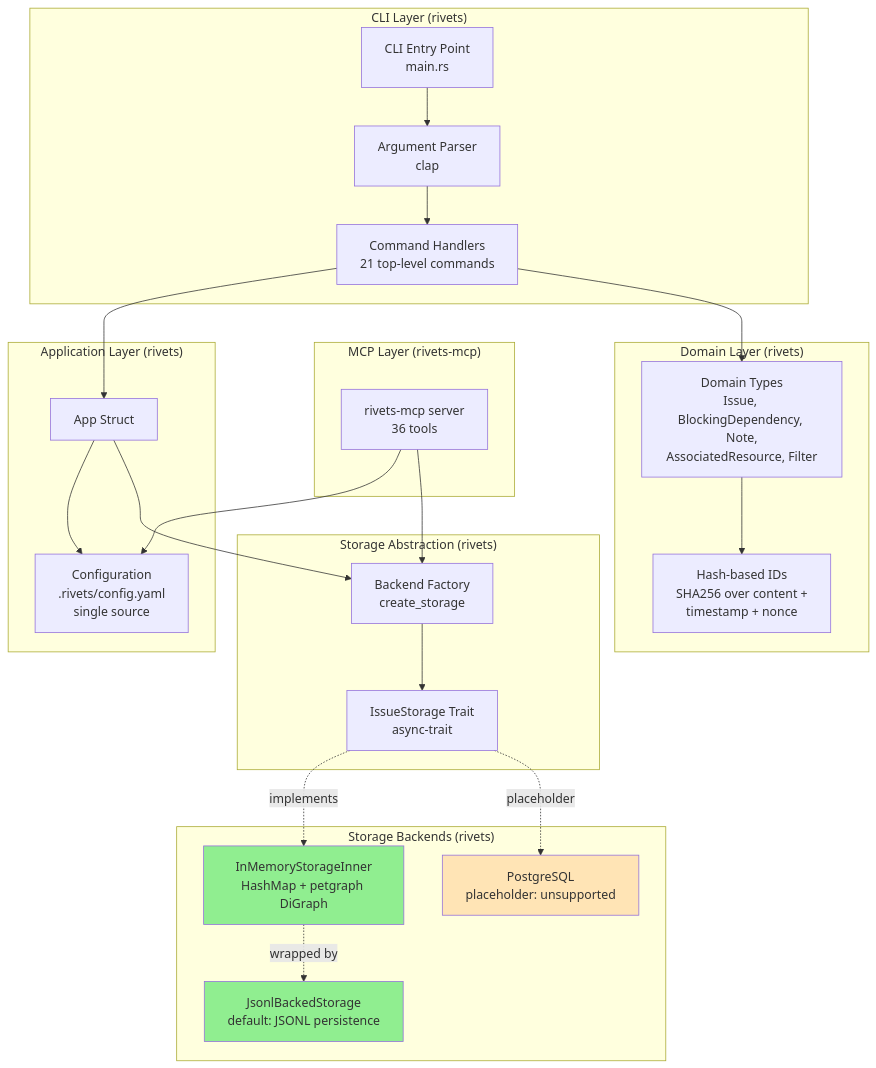
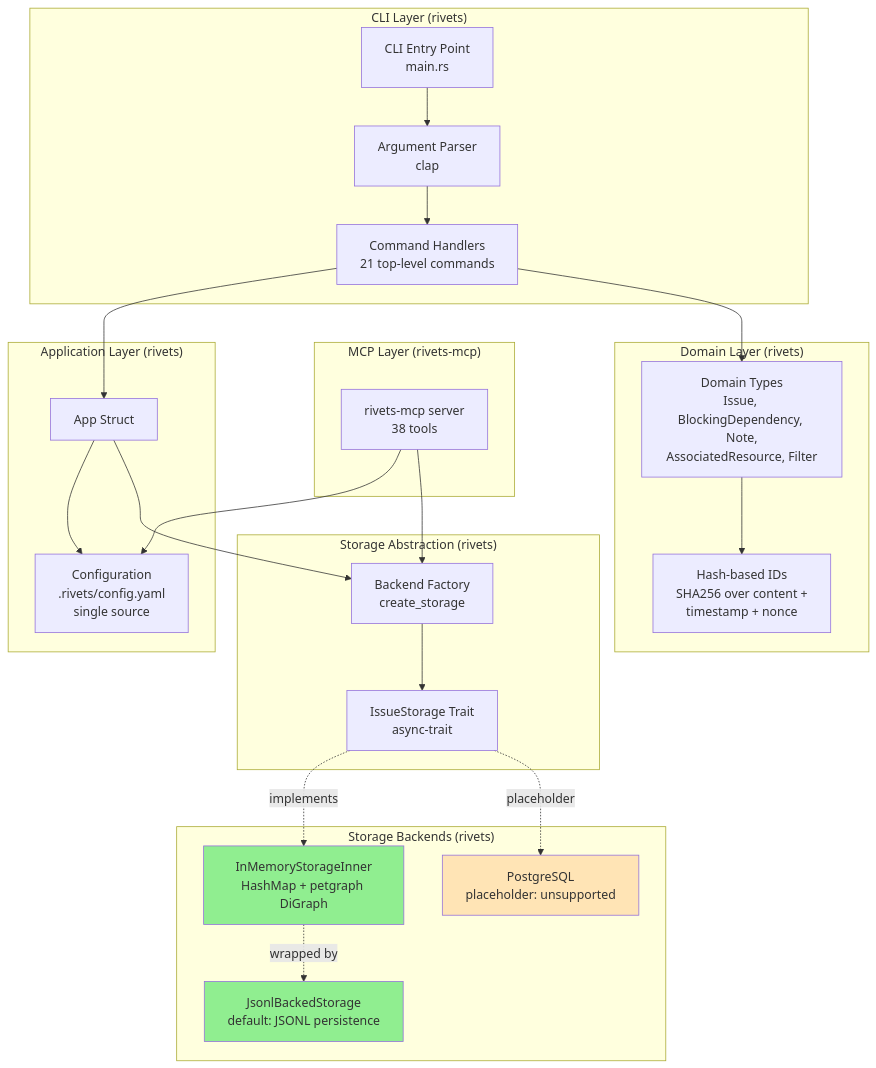
One commit to dwalleck/rivets changed the first of 6 diagrams in docs/architecture.md. Above: the diagram before and after it, drawn with Mermaid. The commit also changed other lines of this file and 31 other files, not shown here.

````diff
--- a/docs/architecture.md
+++ b/docs/architecture.md
@@ -25,50 +25,50 @@
 ```mermaid
 graph TB
     subgraph "CLI Layer (rivets)"
         CLI[CLI Entry Point<br/>main.rs]
         Args[Argument Parser<br/>clap]
         Commands[Command Handlers<br/>21 top-level commands]
     end
 
     subgraph "MCP Layer (rivets-mcp)"
-        Mcp[rivets-mcp server<br/>36 tools]
+        Mcp[rivets-mcp server<br/>38 tools]
     end
 
     subgraph "Application Layer (rivets)"
         App[App Struct]
         Config[Configuration<br/>.rivets/config.yaml<br/>single source]
     end
 
     subgraph "Storage Abstraction (rivets)"
         Trait[IssueStorage Trait<br/>async-trait]
         Factory[Backend Factory<br/>create_storage]
     end
 
     subgraph "Domain Layer (rivets)"
         Types[Domain Types<br/>Issue, BlockingDependency, Note,<br/>AssociatedResource, Filter]
         IDs[Hash-based IDs<br/>SHA256 over content +<br/>timestamp + nonce]
     end
 
     subgraph "Storage Backends (rivets)"
         Memory[InMemoryStorageInner<br/>HashMap + petgraph DiGraph]
         Jsonl[JsonlBackedStorage<br/>default: JSONL persistence]
         Postgres[PostgreSQL<br/>placeholder: unsupported]
     end
 
     CLI --> Args --> Commands
     Commands --> App
     App --> Config
     App --> Factory
     Mcp --> Config
     Mcp --> Factory
     Factory --> Trait
     Trait -.implements.-> Memory
     Memory -.wrapped by.-> Jsonl
     Trait -.placeholder.-> Postgres
     Commands --> Types
     Types --> IDs
 
     style Jsonl fill:#90EE90
     style Memory fill:#90EE90
     style Postgres fill:#FFE4B5
 ```
````
